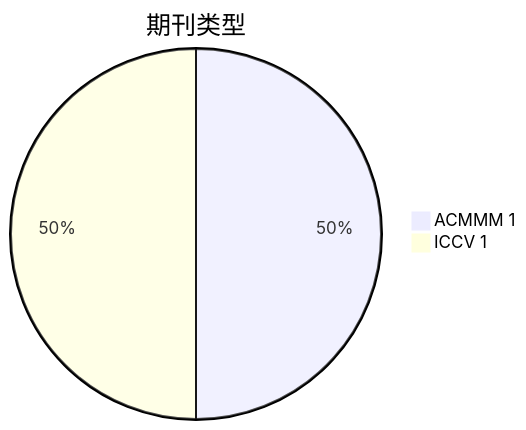
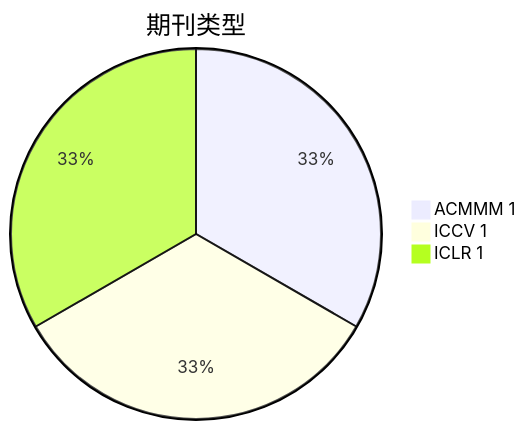
One commit to Elephant-King9/Paper changed the second of 5 diagrams in Attack/Backdoor_Attack/Diffusion/T2I/analyse.md. Above: the diagram before and after it, drawn with Mermaid. The commit also changed other lines of this file and 24 other files, not shown here.

````diff
--- a/Attack/Backdoor_Attack/Diffusion/T2I/analyse.md
+++ b/Attack/Backdoor_Attack/Diffusion/T2I/analyse.md
@@ -20,5 +22,6 @@
 ```mermaid
 pie title 期刊类型
 	"ACMMM 1" : 1
 	"ICCV 1" : 1
+	"ICLR 1" : 1
 ```
````
